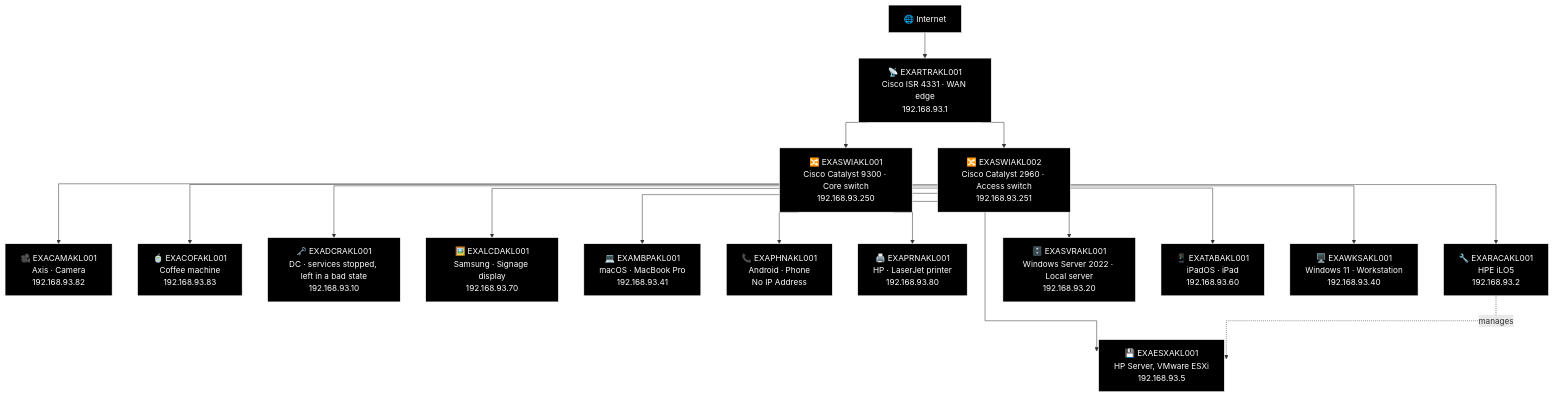
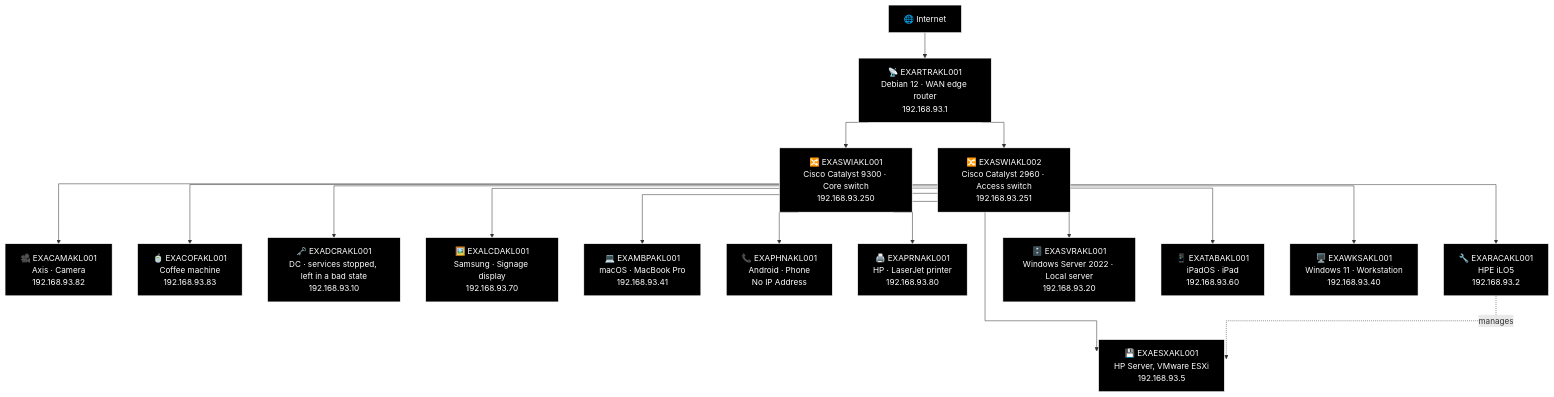
One commit to knightmare2600/example_music_infra changed the first of 3 diagrams in docs/network-diagram/new-zealand.md. Above: the diagram before and after it, drawn with Mermaid. The commit also changed 9 other files, not shown here.

````diff
--- a/docs/network-diagram/new-zealand.md
+++ b/docs/network-diagram/new-zealand.md
@@ -29,55 +29,55 @@
 ```mermaid
 %% GENERATED:OLDNETWORK:AKL:START
 %%{init: {'flowchart': {'curve': 'stepAfter'}}}%%
 graph TD
     O_INET["🌐 Internet"]
-    O_RTR["📡 EXARTRAKL001<br/>Cisco ISR 4331 · WAN edge<br/>192.168.93.1"]
+    O_RTR["📡 EXARTRAKL001<br/>Debian 12 · WAN edge router<br/>192.168.93.1"]
     O_SWI1["🔀 EXASWIAKL001<br/>Cisco Catalyst 9300 · Core switch<br/>192.168.93.250"]
     O_SWI2["🔀 EXASWIAKL002<br/>Cisco Catalyst 2960 · Access switch<br/>192.168.93.251"]
     O_CAM["🎥 EXACAMAKL001<br/>Axis · Camera<br/>192.168.93.82"]
     O_COF["🍵 EXACOFAKL001<br/>Coffee machine<br/>192.168.93.83"]
     O_DCR["🗝️ EXADCRAKL001<br/>DC · services stopped, left in a bad state<br/>192.168.93.10"]
     O_ESX["💾 EXAESXAKL001<br/>HP Server, VMware ESXi<br/>192.168.93.5"]
     O_LCD["🖼️ EXALCDAKL001<br/>Samsung · Signage display<br/>192.168.93.70"]
     O_MBP["💻 EXAMBPAKL001<br/>macOS · MacBook Pro<br/>192.168.93.41"]
     O_PHN["📞 EXAPHNAKL001<br/>Android · Phone<br/>No IP Address"]
     O_PRN["🖨️ EXAPRNAKL001<br/>HP · LaserJet printer<br/>192.168.93.80"]
     O_RAC["🔧 EXARACAKL001<br/>HPE iLO5<br/>192.168.93.2"]
     O_SVR["🗄️ EXASVRAKL001<br/>Windows Server 2022 · Local server<br/>192.168.93.20"]
     O_TAB["📱 EXATABAKL001<br/>iPadOS · iPad<br/>192.168.93.60"]
     O_WKS["🖥️ EXAWKSAKL001<br/>Windows 11 · Workstation<br/>192.168.93.40"]
     O_INET --> O_RTR
     O_RTR --> O_SWI1
     O_RTR --> O_SWI2
     O_SWI1 --> O_CAM
     O_SWI1 --> O_COF
     O_SWI1 --> O_DCR
     O_SWI1 --> O_ESX
     O_SWI1 --> O_LCD
     O_SWI1 --> O_MBP
     O_SWI1 --> O_PHN
     O_SWI1 --> O_PRN
     O_SWI1 --> O_RAC
     O_RAC -.->|"manages"| O_ESX
     O_SWI1 --> O_SVR
     O_SWI1 --> O_TAB
     O_SWI1 --> O_WKS
 
     style O_INET fill:#000000,stroke:#FFFFFF,color:#FFFFFF
     style O_RTR fill:#000000,stroke:#FFFFFF,color:#FFFFFF
     style O_SWI1 fill:#000000,stroke:#FFFFFF,color:#FFFFFF
     style O_SWI2 fill:#000000,stroke:#FFFFFF,color:#FFFFFF
     style O_CAM fill:#000000,stroke:#FFFFFF,color:#FFFFFF
     style O_COF fill:#000000,stroke:#FFFFFF,color:#FFFFFF
     style O_DCR fill:#000000,stroke:#FFFFFF,color:#FFFFFF
     style O_ESX fill:#000000,stroke:#FFFFFF,color:#FFFFFF
     style O_LCD fill:#000000,stroke:#FFFFFF,color:#FFFFFF
     style O_MBP fill:#000000,stroke:#FFFFFF,color:#FFFFFF
     style O_PHN fill:#000000,stroke:#FFFFFF,color:#FFFFFF
     style O_PRN fill:#000000,stroke:#FFFFFF,color:#FFFFFF
     style O_RAC fill:#000000,stroke:#FFFFFF,color:#FFFFFF
     style O_SVR fill:#000000,stroke:#FFFFFF,color:#FFFFFF
     style O_TAB fill:#000000,stroke:#FFFFFF,color:#FFFFFF
     style O_WKS fill:#000000,stroke:#FFFFFF,color:#FFFFFF
 %% GENERATED:OLDNETWORK:AKL:END
 ```
````
